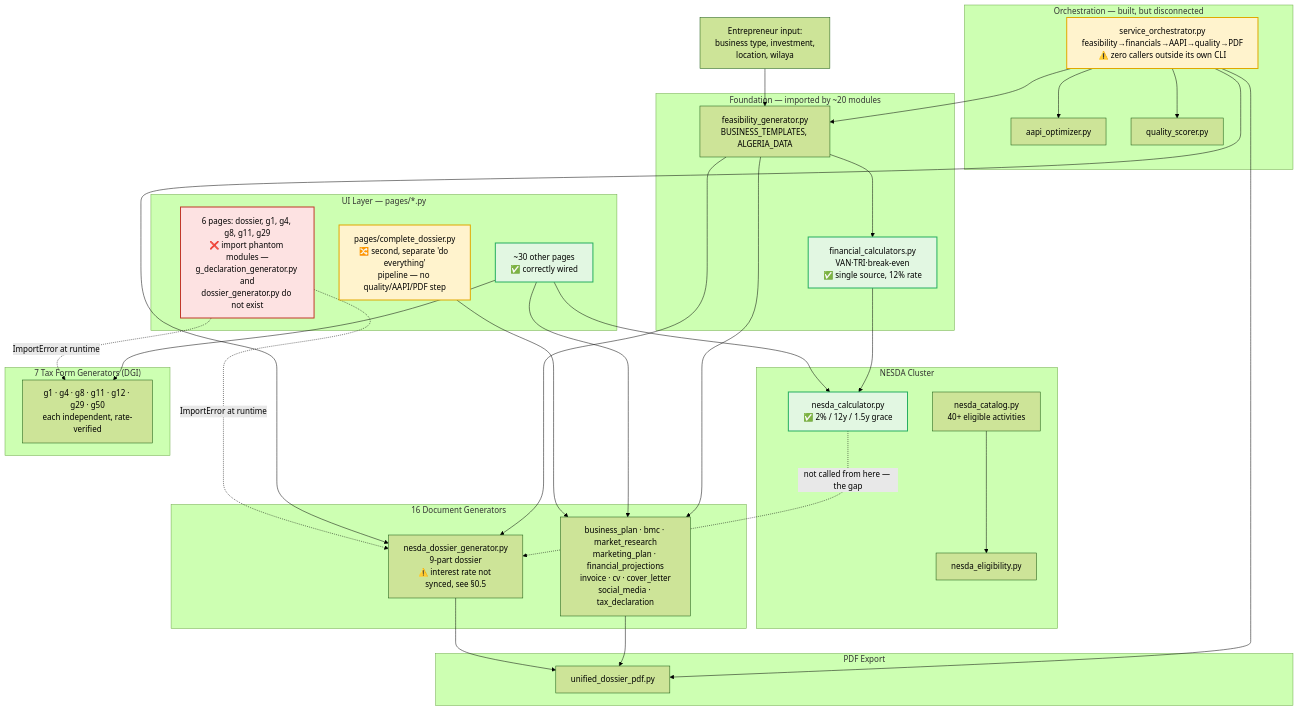
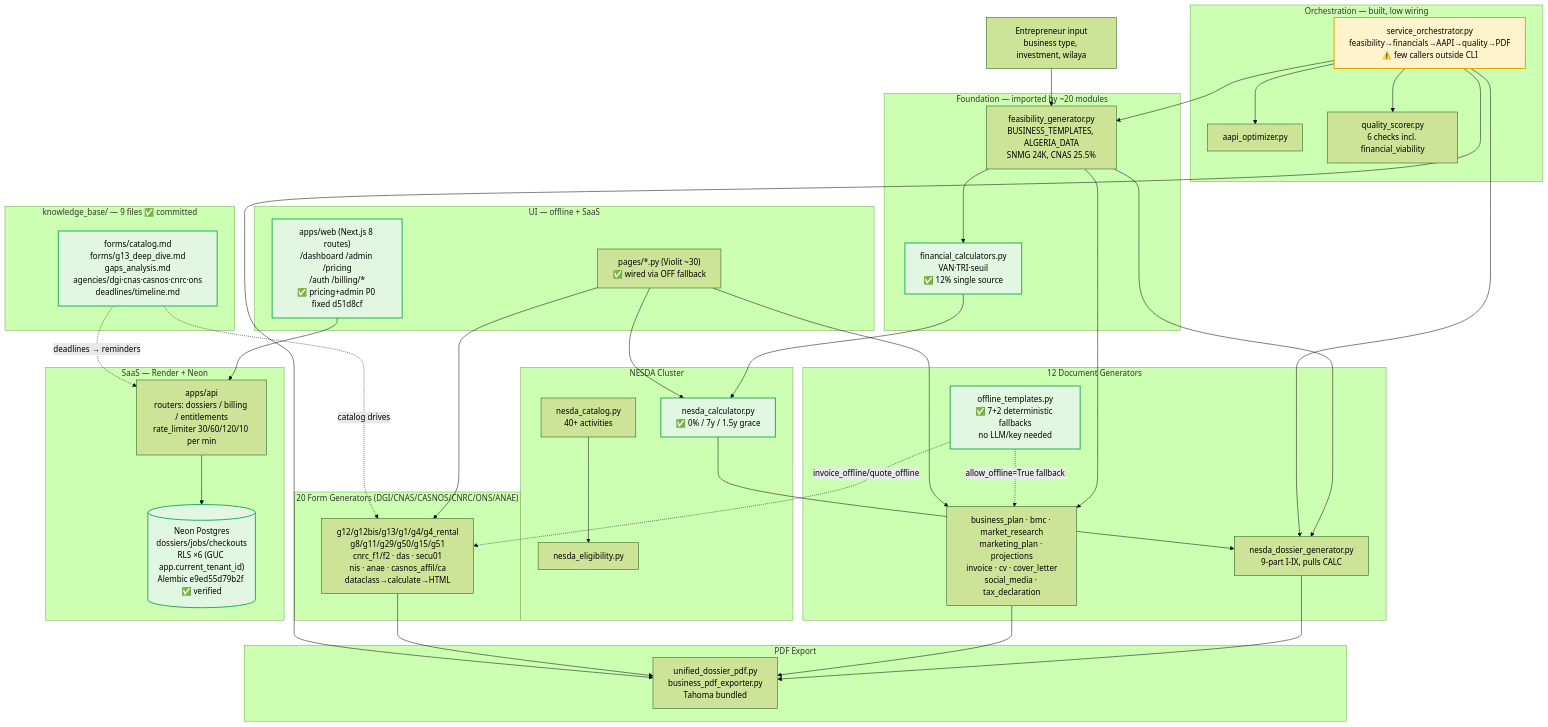
The diagram in PROJECT_MAP.md (kamelmh/digital-services-center), drawn with Mermaid (forest theme) before and after one commit. The commit also changed other lines of this file and 17 other files, not shown here.

````diff
--- a/PROJECT_MAP.md
+++ b/PROJECT_MAP.md
@@ -47,61 +61,72 @@
 ```mermaid
 flowchart TD
-    ENTRY["Entrepreneur input:<br/>business type, investment,<br/>location, wilaya"]
+    ENTRY["Entrepreneur input<br/>business type, investment, wilaya"]
 
     subgraph L0["Foundation — imported by ~20 modules"]
-        FG["feasibility_generator.py<br/>BUSINESS_TEMPLATES, ALGERIA_DATA"]
-        FC["financial_calculators.py<br/>VAN·TRI·break-even<br/>✅ single source, 12% rate"]
+        FG["feasibility_generator.py<br/>BUSINESS_TEMPLATES, ALGERIA_DATA<br/>SNMG 24K, CNAS 25.5%"]
+        FC["financial_calculators.py<br/>VAN·TRI·seuil<br/>✅ 12% single source"]
     end
 
     subgraph L1["NESDA Cluster"]
-        CAT["nesda_catalog.py<br/>40+ eligible activities"]
+        CAT["nesda_catalog.py<br/>40+ activities"]
         ELIG["nesda_eligibility.py"]
-        CALC["nesda_calculator.py<br/>✅ 2% / 12y / 1.5y grace"]
+        CALC["nesda_calculator.py<br/>✅ 0% / 7y / 1.5y grace"]
     end
 
-    subgraph L2["16 Document Generators"]
-        DOS["nesda_dossier_generator.py<br/>9-part dossier<br/>⚠️ interest rate not synced, see §0.5"]
-        OTHERDOCS["business_plan · bmc · market_research<br/>marketing_plan · financial_projections<br/>invoice · cv · cover_letter<br/>social_media · tax_declaration"]
+    subgraph L2["12 Document Generators"]
+        OFF["offline_templates.py<br/>✅ 7+2 deterministic fallbacks<br/>no LLM/key needed"]
+        DOS["nesda_dossier_generator.py<br/>9-part I-IX, pulls CALC"]
+        DOCS["business_plan · bmc · market_research<br/>marketing_plan · projections<br/>invoice · cv · cover_letter<br/>social_media · tax_declaration"]
     end
 
-    subgraph L3["7 Tax Form Generators (DGI)"]
-        GFORMS["g1 · g4 · g8 · g11 · g12 · g29 · g50<br/>each independent, rate-verified"]
+    subgraph L3["20 Form Generators (DGI/CNAS/CASNOS/CNRC/ONS/ANAE)"]
+        GFORMS["g12/g12bis/g13/g1/g4/g4_rental<br/>g8/g11/g29/g50/g15/g51<br/>cnrc_f1/f2 · das · secu01<br/>nis · anae · casnos_affil/ca<br/>dataclass→calculate→HTML"]
     end
 
-    subgraph L4["Orchestration — built, but disconnected"]
-        SO["service_orchestrator.py<br/>feasibility→financials→AAPI→quality→PDF<br/>⚠️ zero callers outside its own CLI"]
+    subgraph L4["Orchestration — built, low wiring"]
+        SO["service_orchestrator.py<br/>feasibility→financials→AAPI→quality→PDF<br/>⚠️ few callers outside CLI"]
         AAPI["aapi_optimizer.py"]
-        QS["quality_scorer.py"]
+        QS["quality_scorer.py<br/>6 checks incl. financial_viability"]
     end
 
-    subgraph L5["UI Layer — pages/*.py"]
-        PBROKEN["6 pages: dossier, g1, g4, g8, g11, g29<br/>❌ import phantom modules —<br/>g_declaration_generator.py and<br/>dossier_generator.py do not exist"]
-        PCD["pages/complete_dossier.py<br/>🔀 second, separate 'do everything'<br/>pipeline — no quality/AAPI/PDF step"]
-        PWORKING["~30 other pages<br/>✅ correctly wired"]
+    subgraph L5["UI — offline + SaaS"]
+        VIOLIT["pages/*.py (Violit ~30)<br/>✅ wired via OFF fallback"]
+        WEB["apps/web (Next.js 8 routes)<br/>/dashboard /admin /pricing<br/>/auth /billing/*<br/>✅ pricing+admin P0 fixed d51d8cf"]
     end
 
     subgraph L6["PDF Export"]
-        UPDF["unified_dossier_pdf.py"]
+        UPDF["unified_dossier_pdf.py<br/>business_pdf_exporter.py<br/>Tahoma bundled"]
+    end
+
+    subgraph L7["knowledge_base/ — 9 files ✅ committed"]
+        KB["forms/catalog.md<br/>forms/g13_deep_dive.md<br/>gaps_analysis.md<br/>agencies/dgi·cnas·casnos·cnrc·ons<br/>deadlines/timeline.md"]
+    end
+
+    subgraph L8["SaaS — Render + Neon"]
+        API["apps/api<br/>routers: dossiers / billing / entitlements<br/>rate_limiter 30/60/120/10 per min"]
+        DB[("Neon Postgres<br/>dossiers/jobs/checkouts<br/>RLS ×6 (GUC app.current_tenant_id)<br/>Alembic e9ed55d79b2f ✅ verified")]
     end
 
     ENTRY --> FG
     FG --> FC
     CAT --> ELIG
     FC --> CALC
-    FG --> DOS & OTHERDOCS
-    CALC -.->|"not called from here — the gap"| DOS
+    FG --> DOS & DOCS
+    OFF -.->|"allow_offline=True fallback"| DOCS
+    OFF -.->|"invoice_offline/quote_offline"| GFORMS
+    CALC --> DOS
+    DOS --> UPDF
+    DOCS --> UPDF
+    GFORMS --> UPDF
     SO --> FG & DOS & AAPI & QS & UPDF
-    PWORKING --> OTHERDOCS & GFORMS & CALC
-    PBROKEN -.->|"ImportError at runtime"| DOS
-    PBROKEN -.->|"ImportError at runtime"| GFORMS
-    PCD --> OTHERDOCS
-    OTHERDOCS --> UPDF
-    DOS --> UPDF
+    VIOLIT --> DOCS & GFORMS & CALC
+    WEB --> API
+    API --> DB
+    KB -.->|"catalog drives"| GFORMS
+    KB -.->|"deadlines → reminders"| API
 
-    classDef broken fill:#fde2e2,stroke:#c0392b,stroke-width:2px,color:#000
     classDef verified fill:#e2f7e2,stroke:#27ae60,stroke-width:2px,color:#000
     classDef warn fill:#fff3cd,stroke:#e0a800,stroke-width:2px,color:#000
-    class PBROKEN broken
-    class FC,CALC,PWORKING verified
-    class SO,PCD warn
+    class FC,CALC,OFF,WEB,DB,KB verified
+    class SO warn
 ```
````
